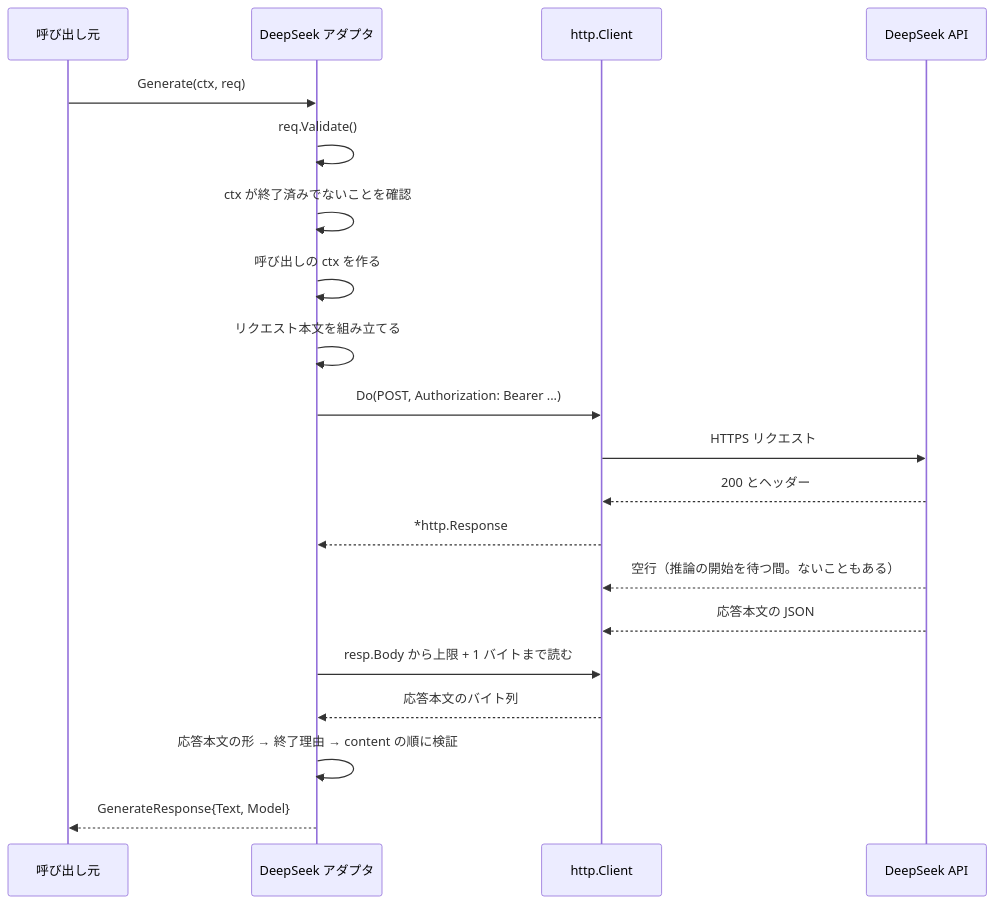
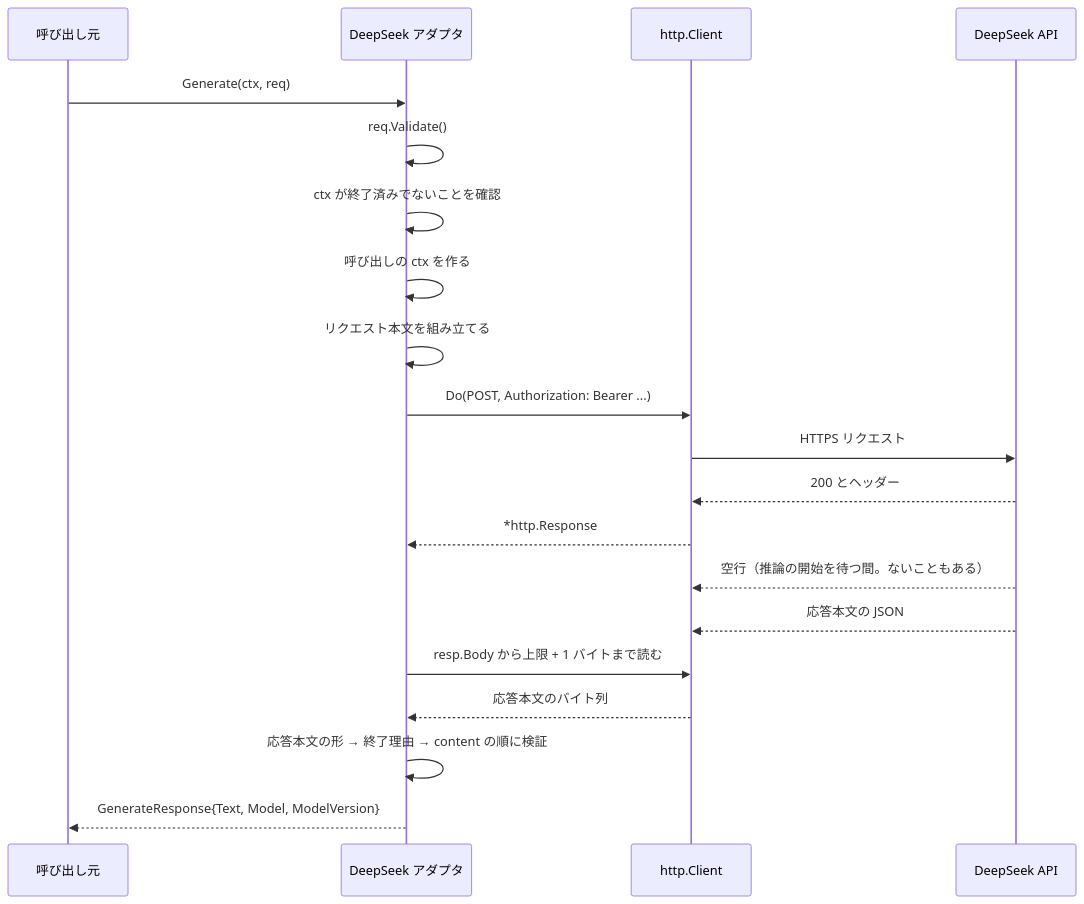
The fifth of 9 diagrams in docs/tasks/0003_deepseek_llm_client/02_architecture.md (isseis/yt2column), drawn with Mermaid before and after one commit. The commit also changed other lines of this file and 1 other file, not shown here.

First line of the commit message:
docs(0003): return system_fingerprint as GenerateResponse.ModelVersion

````diff
--- a/docs/tasks/0003_deepseek_llm_client/02_architecture.md
+++ b/docs/tasks/0003_deepseek_llm_client/02_architecture.md
@@ -256,23 +261,23 @@
 ```mermaid
 sequenceDiagram
     participant C as 呼び出し元
     participant L as DeepSeek アダプタ
     participant H as http.Client
     participant A as DeepSeek API
 
     C->>L: Generate(ctx, req)
     L->>L: req.Validate()
     L->>L: ctx が終了済みでないことを確認
     L->>L: 呼び出しの ctx を作る
     L->>L: リクエスト本文を組み立てる
     L->>H: Do(POST, Authorization: Bearer ...)
     H->>A: HTTPS リクエスト
     A-->>H: 200 とヘッダー
     H-->>L: *http.Response
     A-->>H: 空行（推論の開始を待つ間。ないこともある）
     A-->>H: 応答本文の JSON
     L->>H: resp.Body から上限 + 1 バイトまで読む
     H-->>L: 応答本文のバイト列
     L->>L: 応答本文の形 → 終了理由 → content の順に検証
-    L-->>C: GenerateResponse{Text, Model}
+    L-->>C: GenerateResponse{Text, Model, ModelVersion}
 ```
````
